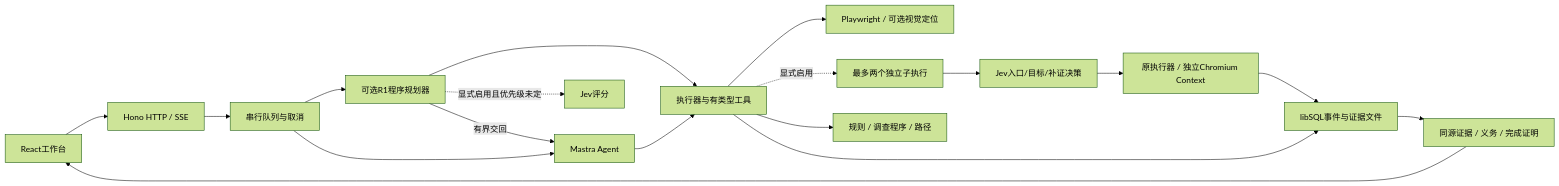
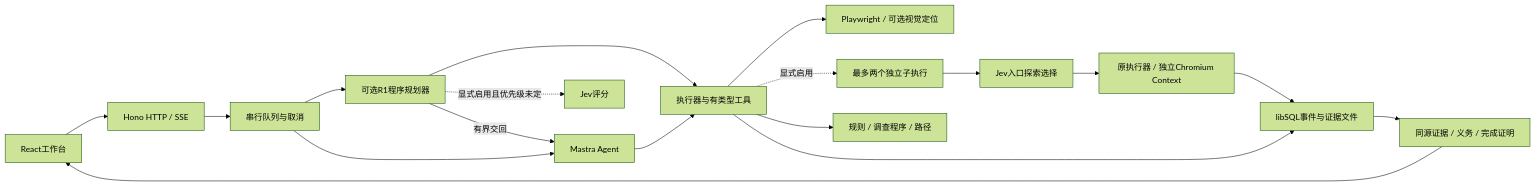
Before and after one commit to FailLone/ui-sentinel: the diagram in docs/architecture.md, drawn with Mermaid (forest theme). The commit also changed other lines of this file and 4 other files, not shown here.

````diff
--- a/docs/architecture.md
+++ b/docs/architecture.md
@@ -7,20 +7,20 @@
 ```mermaid
 flowchart LR
   UI[React工作台] --> API[Hono HTTP / SSE]
   API --> Queue[串行队列与取消]
   Queue --> Planner[可选R1程序规划器]
   Planner --> Tools
   Planner -->|有界交回| Agent[Mastra Agent]
   Queue --> Agent
   Planner -. 显式启用且优先级未定 .-> Jev[Jev评分]
   Agent --> Tools[执行器与有类型工具]
   Tools --> Browser[Playwright / 可选视觉定位]
   Tools -. 显式启用 .-> Children[最多两个独立子执行]
-  Children --> PopupJev[Jev入口/目标/补证决策]
+  Children --> PopupJev[Jev入口探索选择]
   PopupJev --> ChildBrowser[原执行器 / 独立Chromium Context]
   ChildBrowser --> Store
   Tools --> Rules[规则 / 调查程序 / 路径]
   Tools --> Store[libSQL事件与证据文件]
   Store --> Report[同源证据 / 义务 / 完成证明]
   Report --> UI
 ```
````
